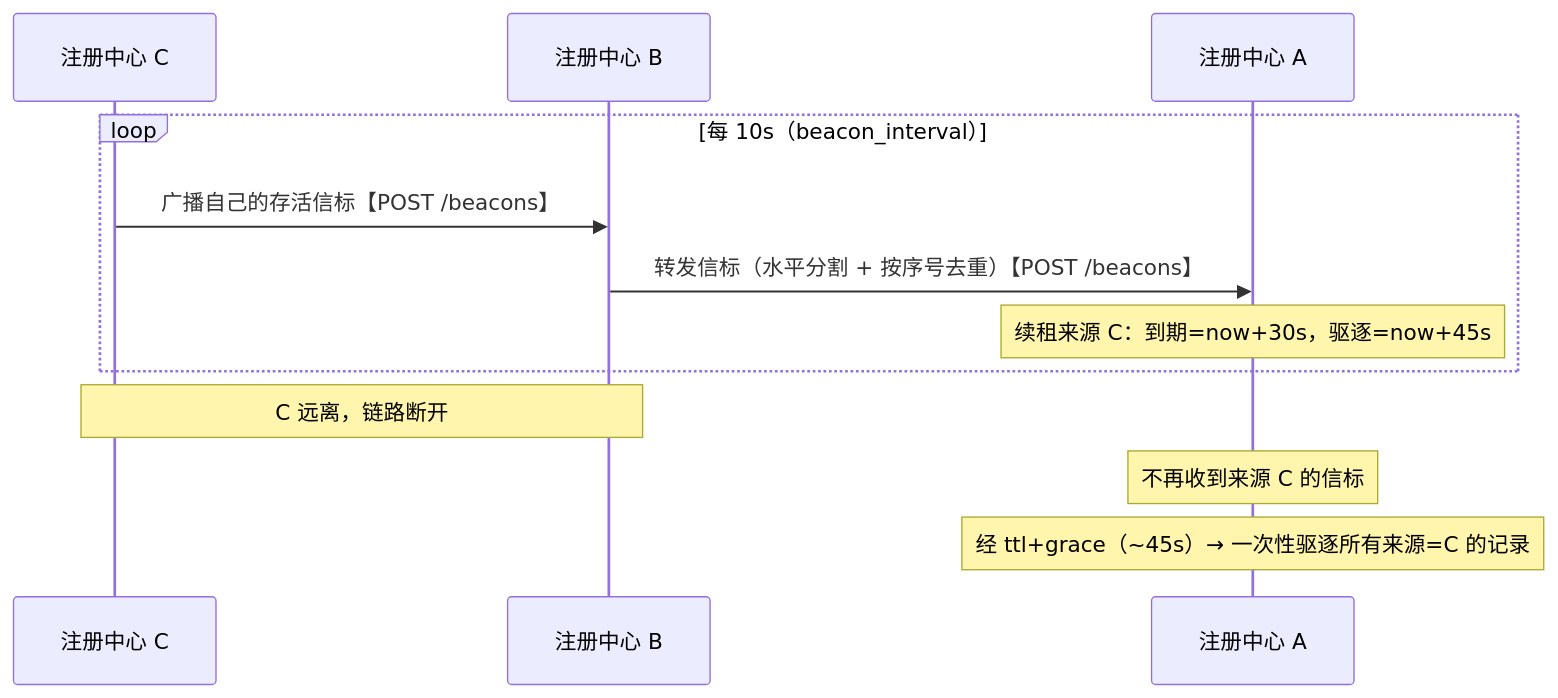
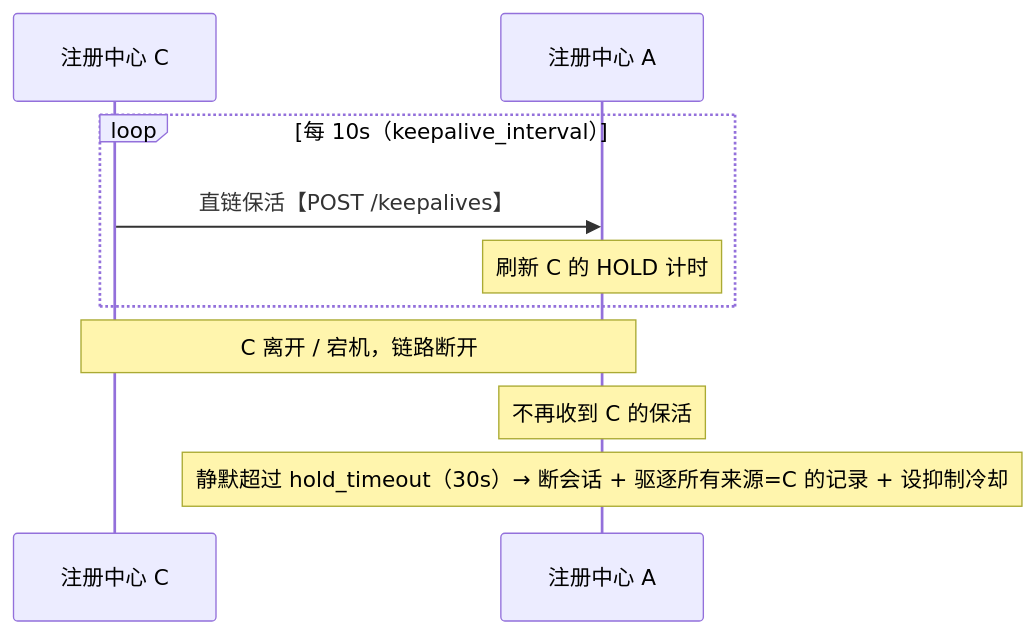
Before and after one commit to Weizheng96/A2X-registry: the third of 6 diagrams in docs/cluster_design.md, drawn with Mermaid. The commit also changed other lines of this file and 17 other files, not shown here.

````diff
--- a/docs/cluster_design.md
+++ b/docs/cluster_design.md
@@ -107,14 +104,12 @@
 ```mermaid
 sequenceDiagram
     participant C as 注册中心 C
-    participant B as 注册中心 B
     participant A as 注册中心 A
-    loop 每 10s（beacon_interval）
-        C->>B: 广播自己的存活信标【POST /beacons】
-        B->>A: 转发信标（水平分割 + 按序号去重）【POST /beacons】
-        Note over A: 续租来源 C：到期=now+30s，驱逐=now+45s
+    loop 每 10s（keepalive_interval）
+        C->>A: 直链保活【POST /keepalives】
+        Note over A: 刷新 C 的 HOLD 计时
     end
-    Note over B,C: C 远离，链路断开
-    Note over A: 不再收到来源 C 的信标
-    Note over A: 经 ttl+grace（~45s）→ 一次性驱逐所有来源=C 的记录
+    Note over A,C: C 离开 / 宕机，链路断开
+    Note over A: 不再收到 C 的保活
+    Note over A: 静默超过 hold_timeout（30s）→ 断会话 + 驱逐所有来源=C 的记录 + 设抑制冷却
 ```
````
